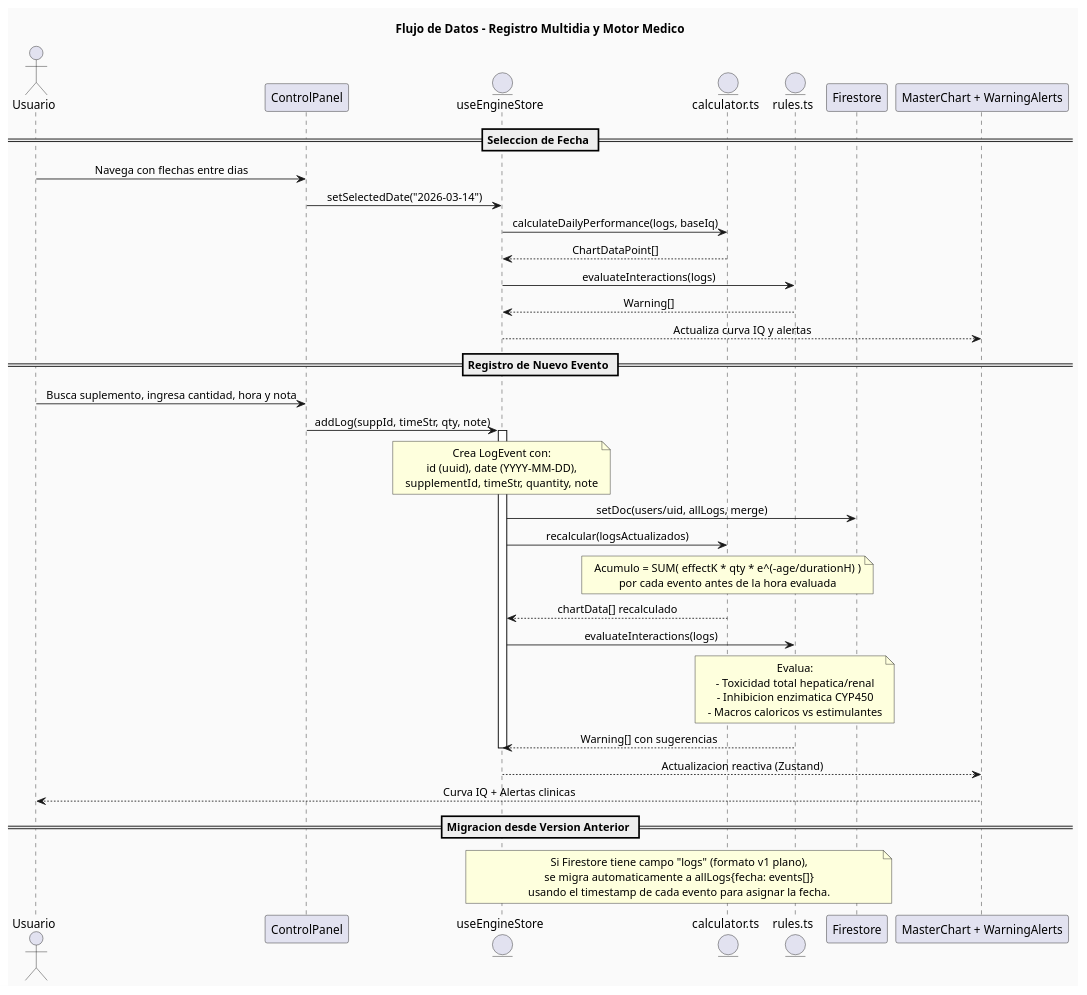
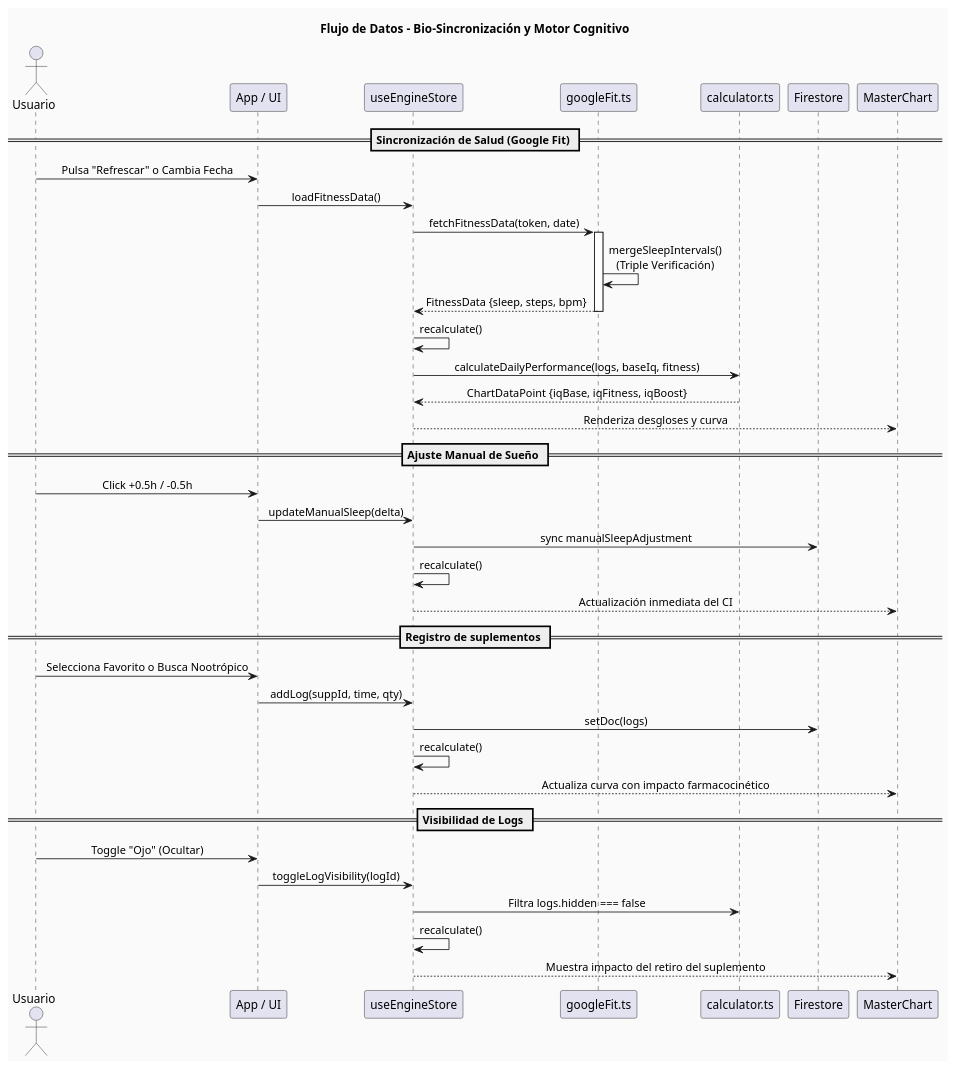
The diagram in diagramas/dataflow.puml (Camilo-Alberto-Palacio/optimizador-cognitivo), drawn with PlantUML before and after one commit. The commit also changed 3 other files, not shown here.

Commit message:
Docs: Actualización exhaustiva de diagramas técnicos v8.0 Enterprise

```diff
--- a/diagramas/dataflow.puml
+++ b/diagramas/dataflow.puml
@@ -1,65 +1,50 @@
 @startuml DataFlow_v2
 skinparam defaultTextAlignment center
 skinparam backgroundColor #FAFAFA
-title Flujo de Datos - Registro Multidia y Motor Medico
+title Flujo de Datos - Bio-Sincronización y Motor Cognitivo
 
 actor "Usuario" as User
-participant "ControlPanel" as UI
-entity "useEngineStore" as Store
-entity "calculator.ts" as CalcEngine
-entity "rules.ts" as Rules
+participant "App / UI" as UI
+participant "useEngineStore" as Store
+participant "googleFit.ts" as FitService
+participant "calculator.ts" as CalcEngine
 participant "Firestore" as DB
-participant "MasterChart + WarningAlerts" as View
+participant "MasterChart" as View
 
-== Seleccion de Fecha ==
-User -> UI : Navega con flechas entre dias
-UI -> Store : setSelectedDate("2026-03-14")
-Store -> CalcEngine : calculateDailyPerformance(logs, baseIq)
-CalcEngine --> Store : ChartDataPoint[]
-Store -> Rules : evaluateInteractions(logs)
-Rules --> Store : Warning[]
-Store --> View : Actualiza curva IQ y alertas
+== Sincronización de Salud (Google Fit) ==
+User -> UI : Pulsa "Refrescar" o Cambia Fecha
+UI -> Store : loadFitnessData()
+Store -> FitService : fetchFitnessData(token, date)
 
-== Registro de Nuevo Evento ==
-User -> UI : Busca suplemento, ingresa cantidad, hora y nota
-UI -> Store : addLog(suppId, timeStr, qty, note)
+activate FitService
+FitService -> FitService : mergeSleepIntervals()\n(Triple Verificación)
+FitService --> Store : FitnessData {sleep, steps, bpm}
+deactivate FitService
 
-activate Store
-note over Store
-  Crea LogEvent con:
-  id (uuid), date (YYYY-MM-DD),
-  supplementId, timeStr, quantity, note
-end note
+Store -> Store : recalculate()
+Store -> CalcEngine : calculateDailyPerformance(logs, baseIq, fitness)
+CalcEngine --> Store : ChartDataPoint {iqBase, iqFitness, iqBoost}
+Store --> View : Renderiza desgloses y curva
 
-Store -> DB : setDoc(users/uid, allLogs, merge)
-Store -> CalcEngine : recalcular(logsActualizados)
+== Ajuste Manual de Sueño ==
+User -> UI : Click +0.5h / -0.5h
+UI -> Store : updateManualSleep(delta)
+Store -> DB : sync manualSleepAdjustment
+Store -> Store : recalculate()
+Store --> View : Actualización inmediata del CI
 
-note over CalcEngine
-  Acumulo = SUM( effectK * qty * e^(-age/durationH) )
-  por cada evento antes de la hora evaluada
-end note
+== Registro de suplementos ==
+User -> UI : Selecciona Favorito o Busca Nootrópico
+UI -> Store : addLog(suppId, time, qty)
+Store -> DB : setDoc(logs)
+Store -> Store : recalculate()
+Store --> View : Actualiza curva con impacto farmacocinético
 
-CalcEngine --> Store : chartData[] recalculado
-Store -> Rules : evaluateInteractions(logs)
-
-note over Rules
-  Evalua:
-  - Toxicidad total hepatica/renal
-  - Inhibicion enzimatica CYP450
-  - Macros caloricos vs estimulantes
-end note
-
-Rules --> Store : Warning[] con sugerencias
-deactivate Store
-
-Store --> View : Actualizacion reactiva (Zustand)
-View --> User : Curva IQ + Alertas clinicas
-
-== Migracion desde Version Anterior ==
-note over Store, DB
-  Si Firestore tiene campo "logs" (formato v1 plano),
-  se migra automaticamente a allLogs{fecha: events[]}
-  usando el timestamp de cada evento para asignar la fecha.
-end note
+== Visibilidad de Logs ==
+User -> UI : Toggle "Ojo" (Ocultar)
+UI -> Store : toggleLogVisibility(logId)
+Store -> CalcEngine : Filtra logs.hidden === false
+Store -> Store : recalculate()
+Store --> View : Muestra impacto del retiro del suplemento
 
 @enduml
```
